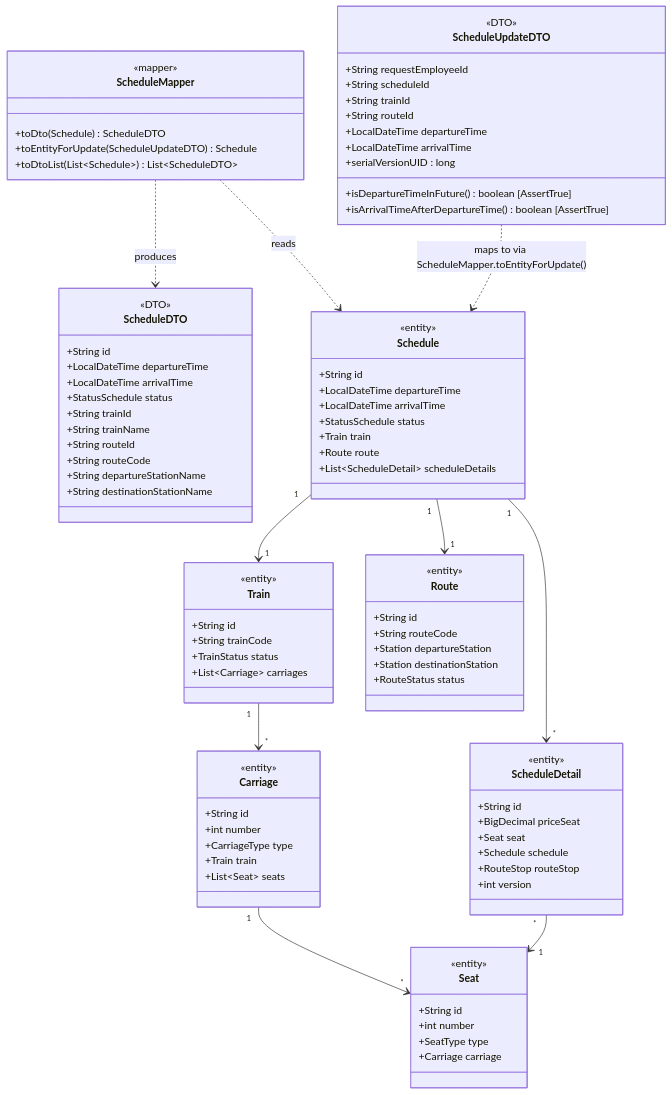
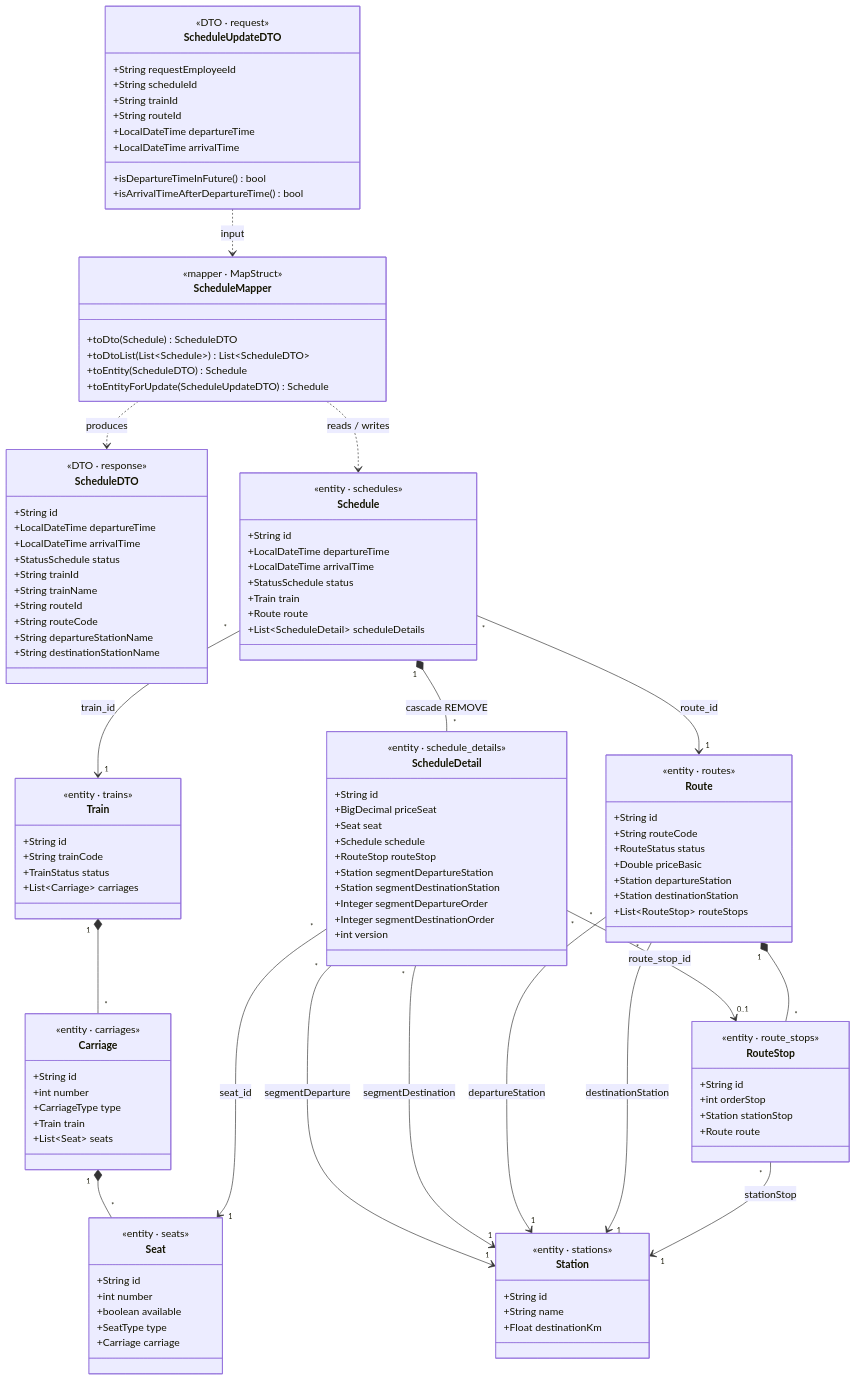
The third of 4 diagrams in docs/diagrams/sequence/uc007-sua-lich-trinh-tau.md (Distributed-Programing-Project/railway-reservation-system-server), drawn with Mermaid before and after one commit. The commit also changed other lines of this file and 1 other file, not shown here.

Commit message:
feat: Enhance class and sequence diagrams for schedule management, adding detailed DTOs and relationships

````diff
--- a/docs/diagrams/sequence/uc007-sua-lich-trinh-tau.md
+++ b/docs/diagrams/sequence/uc007-sua-lich-trinh-tau.md
@@ -207,20 +207,22 @@
 ```mermaid
 classDiagram
+    direction TB
+
+    %% ── DTOs ──────────────────────────────────────────────
     class ScheduleUpdateDTO {
-        <<DTO>>
+        <<DTO · request>>
         +String requestEmployeeId
         +String scheduleId
         +String trainId
         +String routeId
         +LocalDateTime departureTime
         +LocalDateTime arrivalTime
-        +serialVersionUID : long
-        +isDepartureTimeInFuture() boolean [AssertTrue]
-        +isArrivalTimeAfterDepartureTime() boolean [AssertTrue]
+        +isDepartureTimeInFuture() bool
+        +isArrivalTimeAfterDepartureTime() bool
     }
 
     class ScheduleDTO {
-        <<DTO>>
+        <<DTO · response>>
         +String id
         +LocalDateTime departureTime
         +LocalDateTime arrivalTime
@@ -233,8 +235,18 @@
         +String destinationStationName
     }
 
+    %% ── Mapper ────────────────────────────────────────────
+    class ScheduleMapper {
+        <<mapper · MapStruct>>
+        +toDto(Schedule) ScheduleDTO
+        +toDtoList(List~Schedule~) List~ScheduleDTO~
+        +toEntity(ScheduleDTO) Schedule
+        +toEntityForUpdate(ScheduleUpdateDTO) Schedule
+    }
+
+    %% ── Entities ──────────────────────────────────────────
     class Schedule {
-        <<entity>>
+        <<entity · schedules>>
         +String id
         +LocalDateTime departureTime
         +LocalDateTime arrivalTime
@@ -245,17 +257,21 @@
     }
 
     class ScheduleDetail {
-        <<entity>>
+        <<entity · schedule_details>>
         +String id
         +BigDecimal priceSeat
         +Seat seat
         +Schedule schedule
         +RouteStop routeStop
+        +Station segmentDepartureStation
+        +Station segmentDestinationStation
+        +Integer segmentDepartureOrder
+        +Integer segmentDestinationOrder
         +int version
     }
 
     class Train {
-        <<entity>>
+        <<entity · trains>>
         +String id
         +String trainCode
         +TrainStatus status
@@ -263,7 +279,7 @@
     }
 
     class Carriage {
-        <<entity>>
+        <<entity · carriages>>
         +String id
         +int number
         +CarriageType type
@@ -272,36 +288,59 @@
     }
 
     class Seat {
-        <<entity>>
+        <<entity · seats>>
         +String id
         +int number
+        +boolean available
         +SeatType type
         +Carriage carriage
     }
 
     class Route {
-        <<entity>>
+        <<entity · routes>>
         +String id
         +String routeCode
+        +RouteStatus status
+        +Double priceBasic
         +Station departureStation
         +Station destinationStation
-        +RouteStatus status
+        +List~RouteStop~ routeStops
     }
 
-    class ScheduleMapper {
-        <<mapper>>
-        +toDto(Schedule) ScheduleDTO
-        +toEntityForUpdate(ScheduleUpdateDTO) Schedule
-        +toDtoList(List~Schedule~) List~ScheduleDTO~
+    class RouteStop {
+        <<entity · route_stops>>
+        +String id
+        +int orderStop
+        +Station stationStop
+        +Route route
     }
 
-    ScheduleUpdateDTO ..> Schedule : maps to via ScheduleMapper.toEntityForUpdate()
-    ScheduleMapper ..> ScheduleDTO : produces
-    ScheduleMapper ..> Schedule : reads
-    Schedule "1" --> "1" Train
-    Schedule "1" --> "1" Route
-    Schedule "1" --> "*" ScheduleDetail
-    ScheduleDetail "*" --> "1" Seat
-    Train "1" --> "*" Carriage
-    Carriage "1" --> "*" Seat
+    class Station {
+        <<entity · stations>>
+        +String id
+        +String name
+        +Float destinationKm
+    }
+
+    %% ── Relationships ──────────────────────────────────────
+    ScheduleUpdateDTO ..> ScheduleMapper : input
+    ScheduleMapper ..> ScheduleDTO     : produces
+    ScheduleMapper ..> Schedule        : reads / writes
+
+    Schedule "*" --> "1" Train         : train_id
+    Schedule "*" --> "1" Route         : route_id
+    Schedule "1" *-- "*" ScheduleDetail : cascade REMOVE
+
+    Train    "1" *-- "*" Carriage
+    Carriage "1" *-- "*" Seat
+
+    ScheduleDetail "*" --> "1" Seat       : seat_id
+    ScheduleDetail "*" --> "0..1" RouteStop : route_stop_id
+    ScheduleDetail "*" --> "1" Station    : segmentDeparture
+    ScheduleDetail "*" --> "1" Station    : segmentDestination
+
+    Route "*" --> "1" Station : departureStation
+    Route "*" --> "1" Station : destinationStation
+    Route "1" *-- "*" RouteStop
+    RouteStop "*" --> "1" Station : stationStop
 ```
````
